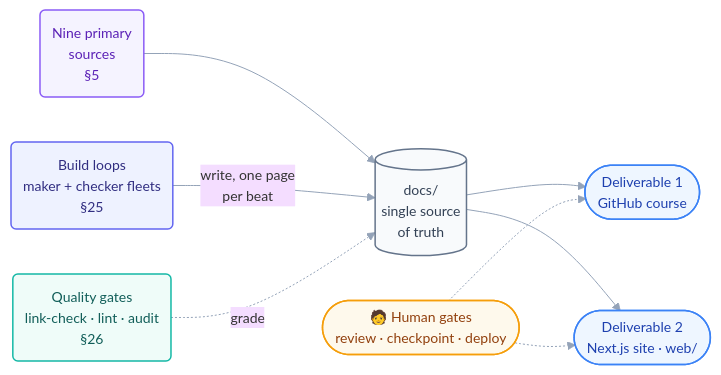
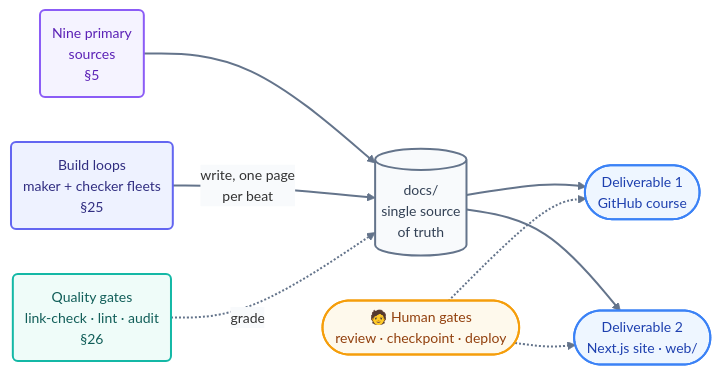
The diagram in loop-plan.md (ayeshakhalid192007-dev/LoopEngineering-CrashCourse), drawn with Mermaid before and after one commit. The commit also changed 66 other files, not shown here.

First line of the commit message:
docs(diagrams): bolden and unify all 70 mermaid diagrams

````diff
--- a/loop-plan.md
+++ b/loop-plan.md
@@ -17,17 +17,18 @@
 ```mermaid
-%%{init: {'theme':'base','themeVariables':{'fontFamily':'ui-sans-serif, system-ui, sans-serif','fontSize':'14px','lineColor':'#94a3b8'},'flowchart':{'curve':'basis','nodeSpacing':45,'rankSpacing':55,'padding':12}}}%%
+%%{init: {'theme':'base','themeVariables':{'fontFamily':'ui-sans-serif, system-ui, sans-serif','fontSize':'14px','lineColor':'#64748b','edgeLabelBackground':'#f8fafc'},'flowchart':{'curve':'basis','nodeSpacing':45,'rankSpacing':55,'padding':12}}}%%
 flowchart LR
     SRC("Nine primary<br/>sources<br/>§5"):::cfg --> DOCS[("docs/<br/>single source<br/>of truth")]:::file
     LOOPS("Build loops<br/>maker + checker fleets<br/>§25"):::maker -->|write, one page<br/>per beat| DOCS
     DOCS --> GH(["Deliverable 1<br/>GitHub course"]):::surface
     DOCS --> WEB(["Deliverable 2<br/>Next.js site · web/"]):::surface
     GATES("Quality gates<br/>link-check · lint · audit<br/>§26"):::check -.->|grade| DOCS
     H(["🧑 Human gates<br/>review · checkpoint · deploy"]):::human -.-> GH
     H -.-> WEB
-    classDef cfg fill:#f5f3ff,stroke:#8b5cf6,stroke-width:1.5px,color:#5b21b6;
-    classDef maker fill:#eef2ff,stroke:#6366f1,stroke-width:1.5px,color:#312e81;
-    classDef check fill:#effcf9,stroke:#14b8a6,stroke-width:1.5px,color:#115e59;
-    classDef file fill:#f8fafc,stroke:#64748b,stroke-width:1.5px,color:#334155;
-    classDef surface fill:#eef6ff,stroke:#3b82f6,stroke-width:1.5px,color:#1e40af;
-    classDef human fill:#fef9ec,stroke:#f59e0b,stroke-width:1.5px,color:#92400e;
+    linkStyle default stroke:#64748b,stroke-width:2px;
+    classDef cfg fill:#f5f3ff,stroke:#8b5cf6,stroke-width:2px,color:#5b21b6;
+    classDef maker fill:#eef2ff,stroke:#6366f1,stroke-width:2px,color:#312e81;
+    classDef check fill:#effcf9,stroke:#14b8a6,stroke-width:2px,color:#115e59;
+    classDef file fill:#f8fafc,stroke:#64748b,stroke-width:2px,color:#334155;
+    classDef surface fill:#eef6ff,stroke:#3b82f6,stroke-width:2px,color:#1e40af;
+    classDef human fill:#fef9ec,stroke:#f59e0b,stroke-width:2px,color:#92400e;
 ```
````
